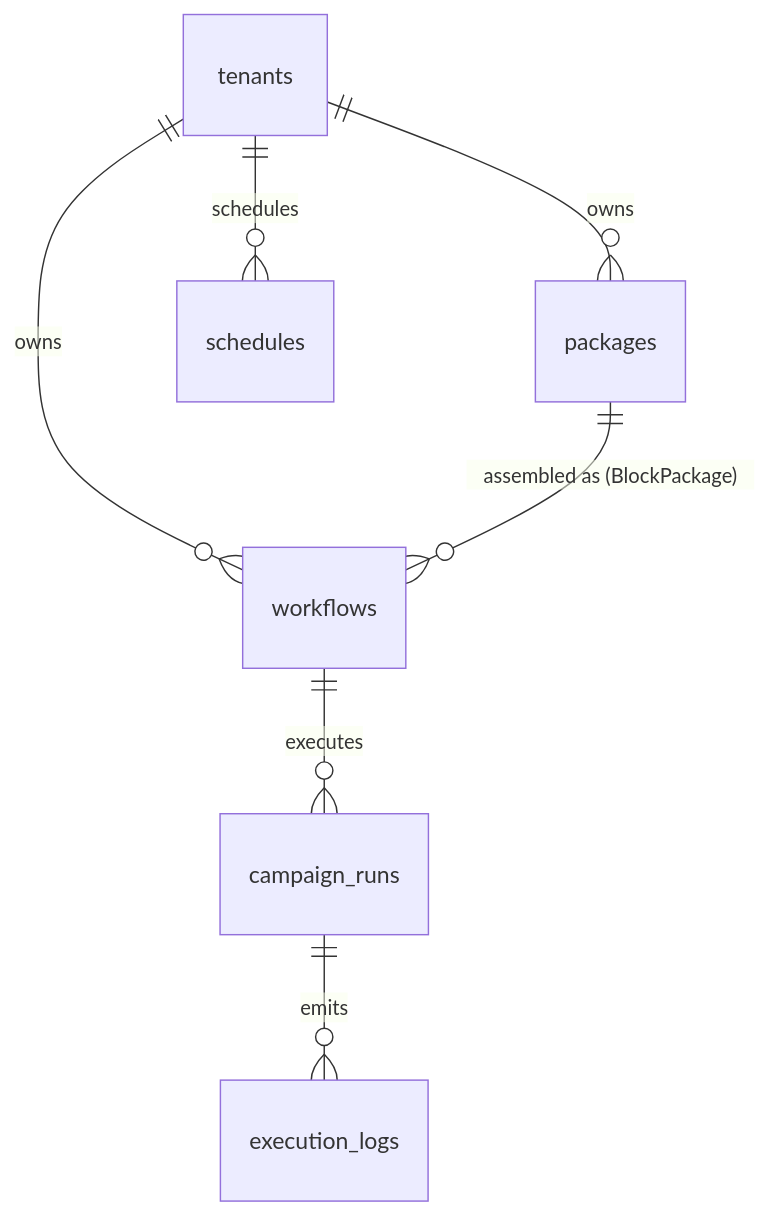
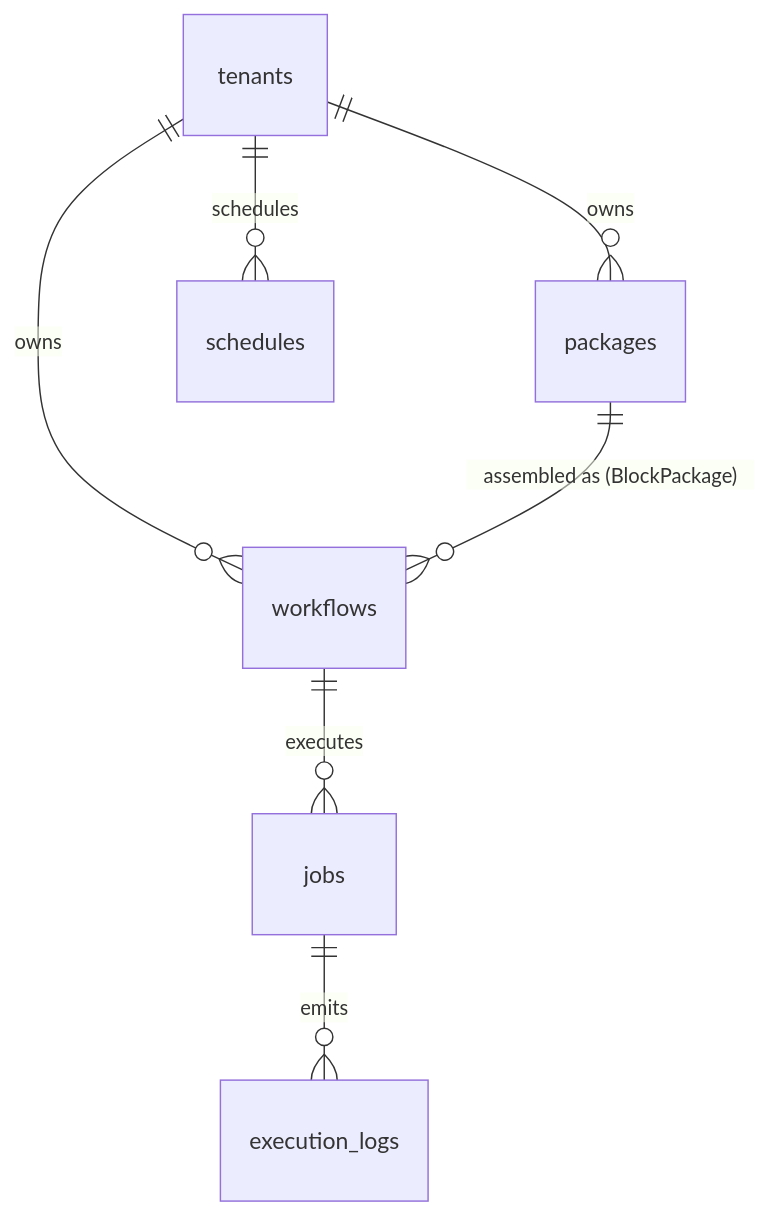
Before and after one commit to tuquet/cloud: the diagram in supabase/plugins/automation/README.md, drawn with Mermaid. The commit also changed other lines of this file and 19 other files, not shown here.

Commit message:
feat(cloud): update database schema, migrations and plugins

````diff
--- a/supabase/plugins/automation/README.md
+++ b/supabase/plugins/automation/README.md
@@ -26,9 +26,9 @@
 ```mermaid
 erDiagram
     tenants ||--o{ workflows : "owns"
     tenants ||--o{ packages : "owns"
     tenants ||--o{ schedules : "schedules"
     packages ||--o{ workflows : "assembled as (BlockPackage)"
-    workflows ||--o{ campaign_runs : "executes"
-    campaign_runs ||--o{ execution_logs : "emits"
+    workflows ||--o{ jobs : "executes"
+    jobs ||--o{ execution_logs : "emits"
 ```
````
